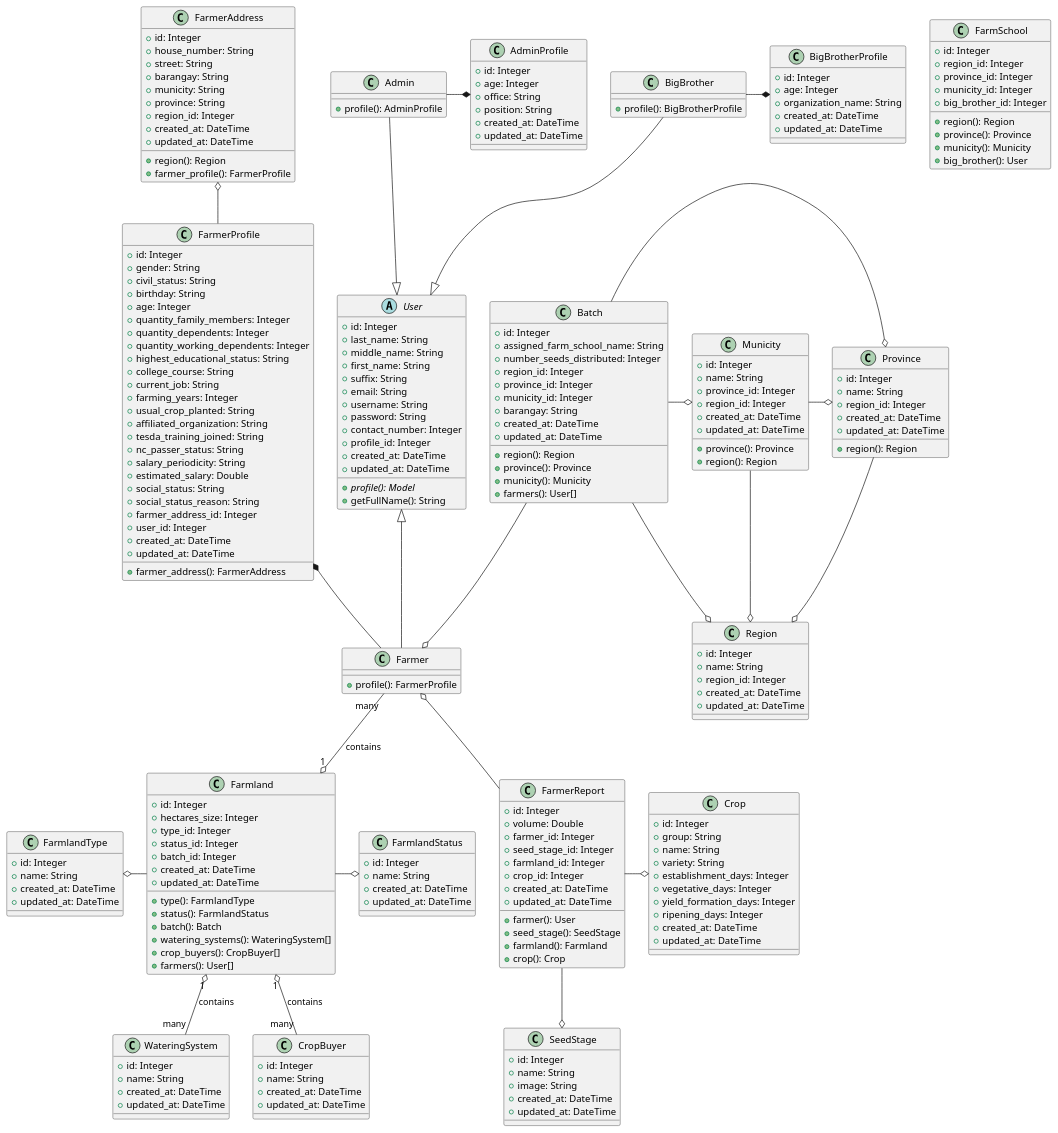
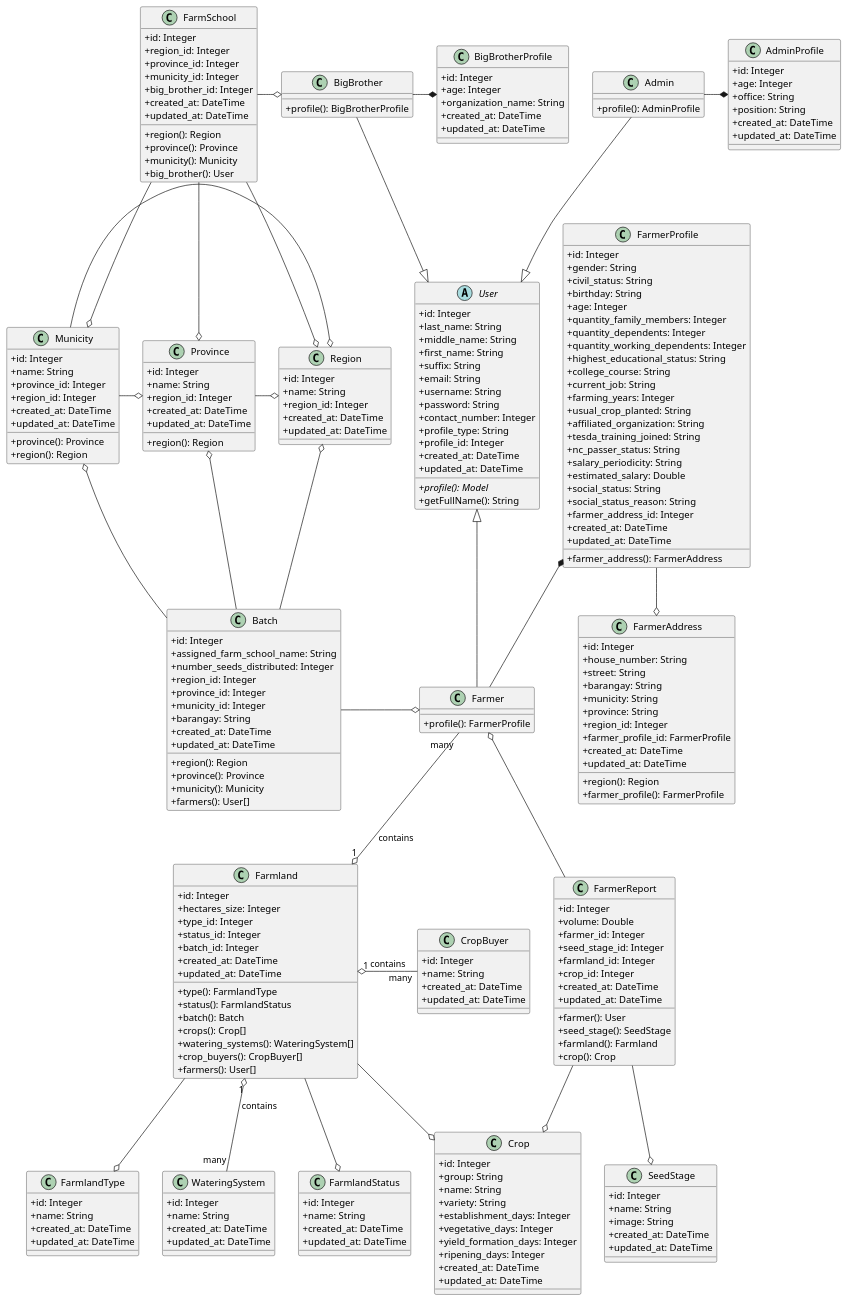
One commit to radical-doubting/anikultura-diagrams changed the diagram in plantuml/proposed/class.wsd. Above: the diagram before and after it, drawn with PlantUML.

Commit message:
Updated class diagram

```diff
--- a/plantuml/proposed/class.wsd
+++ b/plantuml/proposed/class.wsd
@@ -1,5 +1,5 @@
 @startuml
-
+skinparam classAttributeIconSize 0
 class Batch {
     + id: Integer
     + assigned_farm_school_name: String
@@ -52,7 +52,6 @@
     + social_status: String
     + social_status_reason: String
     + farmer_address_id: Integer
-    + user_id: Integer
     + created_at: DateTime
     + updated_at: DateTime
 
@@ -84,6 +83,7 @@
     + municity: String
     + province: String
     + region_id: Integer
+    + farmer_profile_id: FarmerProfile
     + created_at: DateTime
     + updated_at: DateTime
 
@@ -125,6 +125,7 @@
     + username: String
     + password: String
     + contact_number: Integer
+    + profile_type: String
     + profile_id: Integer
     + created_at: DateTime
     + updated_at: DateTime
@@ -175,6 +176,7 @@
     + type(): FarmlandType
     + status(): FarmlandStatus
     + batch(): Batch
+    + crops(): Crop[]
     + watering_systems(): WateringSystem[]
     + crop_buyers(): CropBuyer[]
     + farmers(): User[]
@@ -214,6 +216,8 @@
     + province_id: Integer
     + municity_id: Integer
     + big_brother_id: Integer
+    + created_at: DateTime
+    + updated_at: DateTime
 
     + region(): Region
     + province(): Province
@@ -238,29 +242,36 @@
 User <|-up- BigBrother
 
 
-Farmland "1" o-- "many" CropBuyer : contains
+Farmland "1" o- "many" CropBuyer : contains
 Farmland "1" o-- "many" WateringSystem : contains
 Farmland "1" o-up- "many" Farmer : contains
-Farmland -left-o FarmlandType
-Farmland -o FarmlandStatus
 
-FarmerProfile -up-o FarmerAddress
+Farmland --o FarmlandType
+Farmland --o FarmlandStatus
+Farmland --o Crop
+
+FarmerProfile --o FarmerAddress
 Farmer -up-* FarmerProfile
 BigBrother -* BigBrotherProfile
 Admin -* AdminProfile
 
 FarmerReport -up-o Farmer
 FarmerReport --o SeedStage
-FarmerReport -o Crop
+FarmerReport --o Crop
 
 Municity -o Province
 Municity -o Region
 
 Province -o Region
 
-Batch --o Farmer
-Batch --o Region
-Batch -o Province
-Batch -o Municity
+Batch -o Farmer
+Batch -up-o Region
+Batch -up-o Province
+Batch -up-o Municity
+
+FarmSchool --o Region
+FarmSchool --o Province
+FarmSchool --o Municity
+FarmSchool -o BigBrother
 
 @enduml
```
